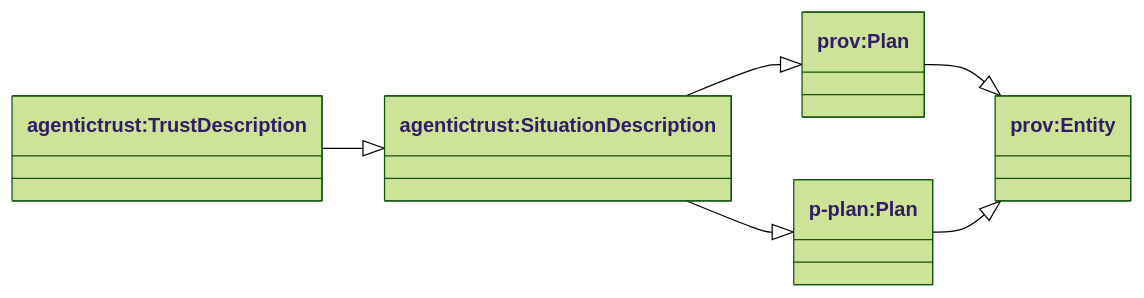
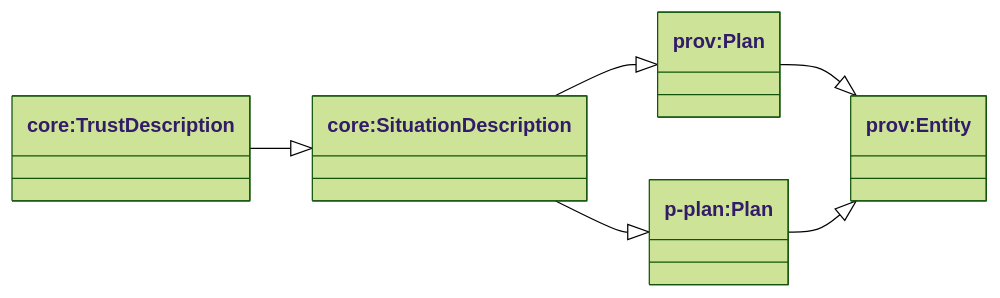
One commit to Agentic-Trust-Layer/agent-explorer changed the first of 4 diagrams in docs/ontology/description.md. Above: the diagram before and after it, drawn with Mermaid (forest theme). The commit also changed other lines of this file and 49 other files, not shown here.

````diff
--- a/docs/ontology/description.md
+++ b/docs/ontology/description.md
@@ -14,17 +14,17 @@
 ```mermaid
 classDiagram
 direction LR
 
 class provEntity["prov:Entity"]
 class provPlan["prov:Plan"]
 class pplanPlan["p-plan:Plan"]
 
-class SituationDescription["agentictrust:SituationDescription"]
-class TrustDescription["agentictrust:TrustDescription"]
+class SituationDescription["core:SituationDescription"]
+class TrustDescription["core:TrustDescription"]
 
 provPlan --|> provEntity
 pplanPlan --|> provEntity
 SituationDescription --|> provPlan
 SituationDescription --|> pplanPlan
 TrustDescription --|> SituationDescription
 ```
````
